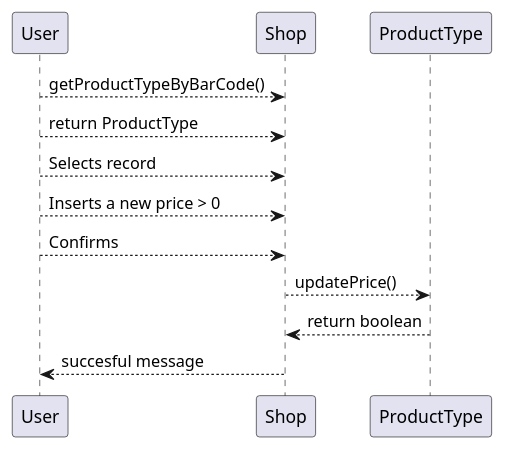
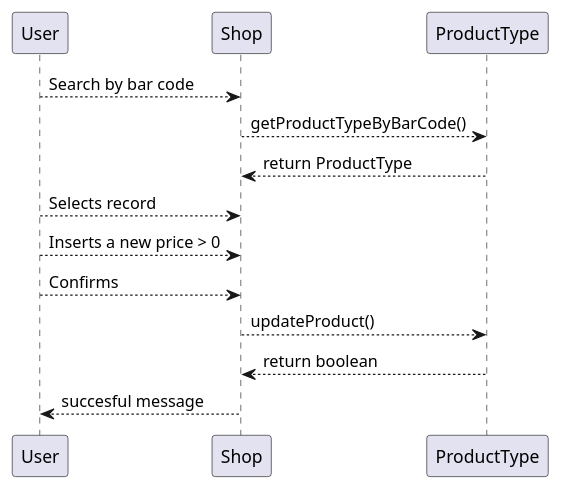
Before and after one commit to Stormz4/group20-EzShop: the fifth of 10 diagrams in Deliverables/DesignDocument.md, drawn with PlantUML. The commit also changed other lines of this file and 3 other files, not shown here.

````diff
--- a/Deliverables/DesignDocument.md
+++ b/Deliverables/DesignDocument.md
@@ -314,12 +323,13 @@
 ```plantuml
 @startuml
-User --> Shop: getProductTypeByBarCode()
-User --> Shop: return ProductType
+User --> Shop: Search by bar code
+Shop --> ProductType: getProductTypeByBarCode()
+ProductType --> Shop: return ProductType
 User --> Shop: Selects record
 User --> Shop: Inserts a new price > 0
 User --> Shop: Confirms
-Shop --> ProductType: updatePrice()
+Shop --> ProductType: updateProduct()
 ProductType --> Shop : return boolean
 Shop --> User : succesful message
 @enduml
 ```
````
